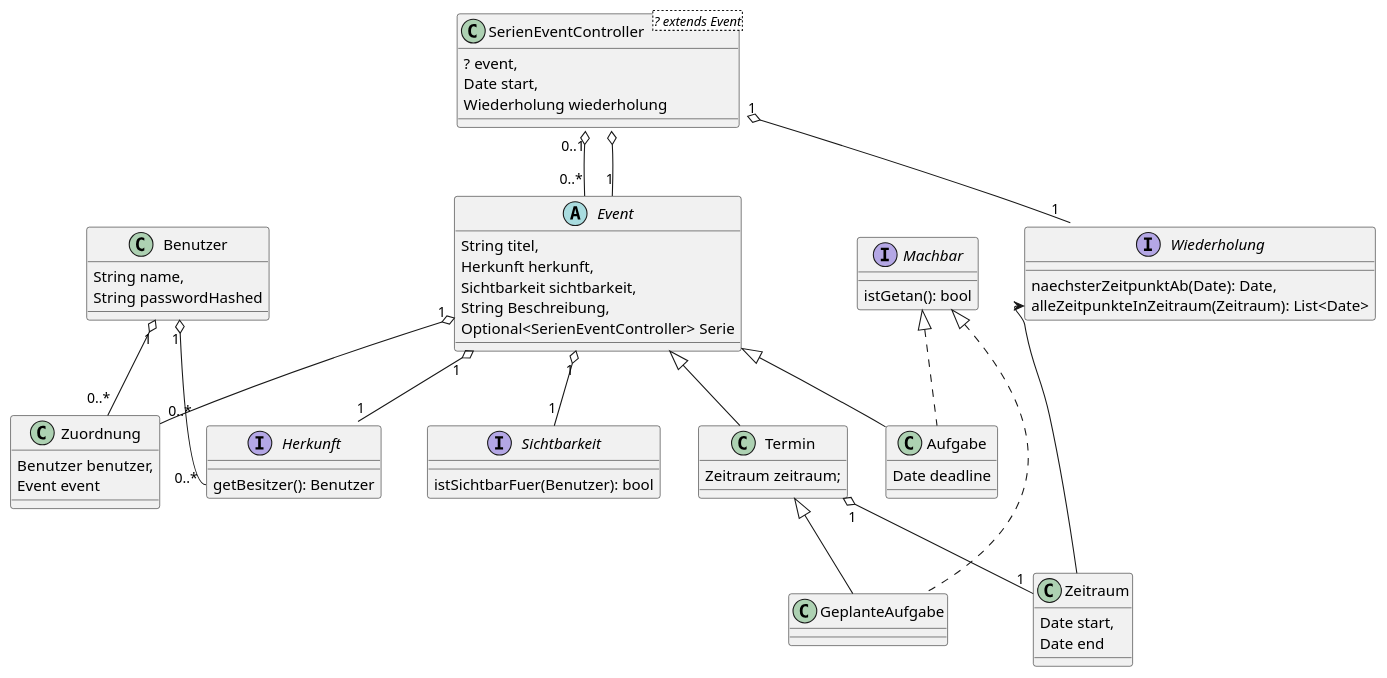
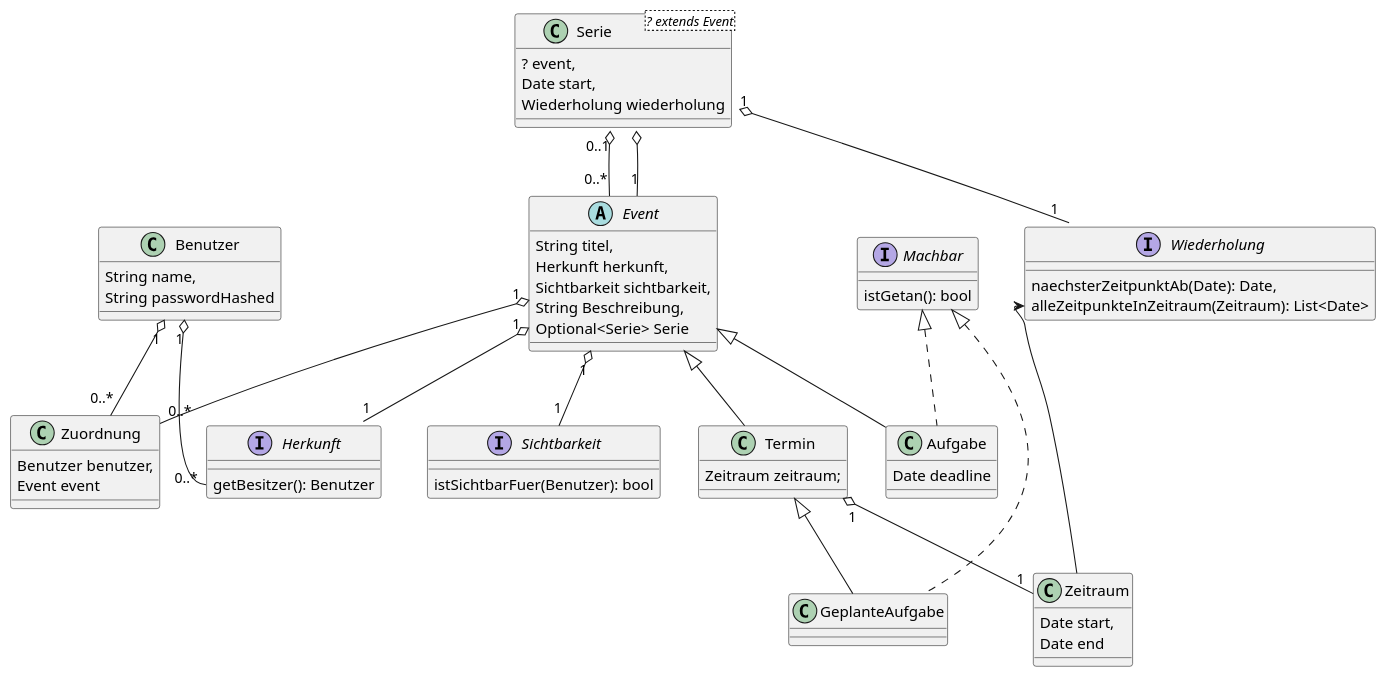
Before and after one commit to MisterT0815/ASE-Kalendario: the diagram in doc/DomainOverview.puml, drawn with PlantUML. The commit also changed 10 other files, not shown here.

```diff
--- a/doc/DomainOverview.puml
+++ b/doc/DomainOverview.puml
@@ -1,76 +1,76 @@
 @startuml
 class Benutzer{
     String name,
     String passwordHashed
 }
-class SerienEventController<? extends Event>{
+class Serie<? extends Event>{
     ? event,
     Date start,
     Wiederholung wiederholung
 }
 
 abstract class Event{
     String titel,
     Herkunft herkunft,
     Sichtbarkeit sichtbarkeit,
     String Beschreibung,
-    Optional<SerienEventController> Serie
+    Optional<Serie> Serie
 }
 
-SerienEventController "0..1" o-- "0..*" Event
-SerienEventController::defaultEvent o-- "1" Event
+Serie "0..1" o-- "0..*" Event
+Serie::defaultEvent o-- "1" Event
 
 interface Herkunft{
     getBesitzer(): Benutzer
 }
 
 Event "1" o-- "1" Herkunft
 
 interface Sichtbarkeit{
     istSichtbarFuer(Benutzer): bool
 }
 
 Event "1" o-- "1" Sichtbarkeit
 
 interface Machbar{
     istGetan(): bool
 }
 
 class Aufgabe extends Event implements Machbar{
     Date deadline
 }
 
 class GeplanteAufgabe extends Termin implements Machbar {
 
 }
 
 interface Wiederholung{
     naechsterZeitpunktAb(Date): Date,
     alleZeitpunkteInZeitraum(Zeitraum): List<Date>
 }
 
 class Termin extends Event{
     Zeitraum zeitraum;
 }
 
 class Zuordnung{
     Benutzer benutzer,
     Event event
 }
 
 class Zeitraum{
 Date start,
 Date end
 }
 
 
 Event "1" o-- "0..*" Zuordnung
 Benutzer "1" o-- "0..*" Zuordnung
 Benutzer "1" o-- "0..*" Herkunft::getBesitzer
 
-SerienEventController "1" o-- "1" Wiederholung
+Serie "1" o-- "1" Wiederholung
 
 
 Termin "1" o-- "1" Zeitraum
 Wiederholung::alleZeitpunkteInZeitraum <-- Zeitraum
 @enduml
```
